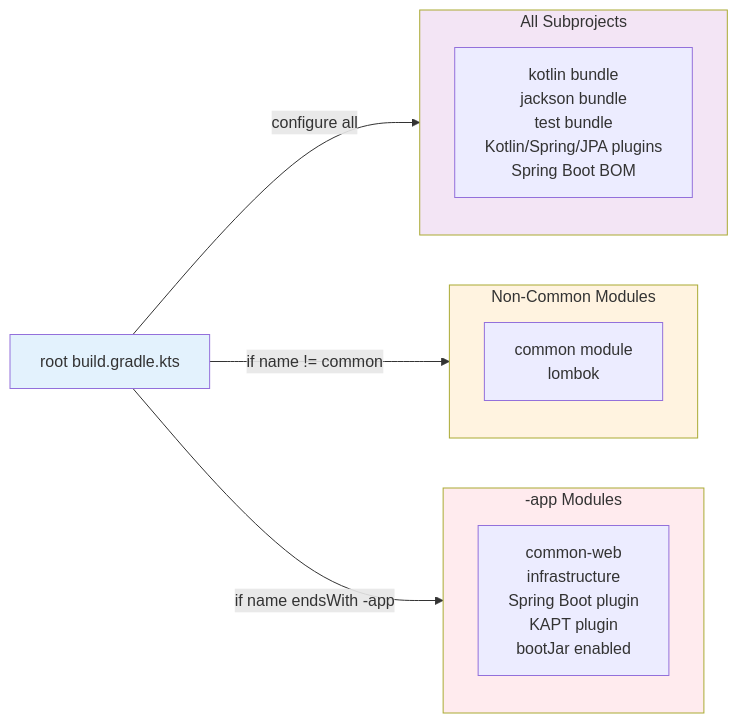
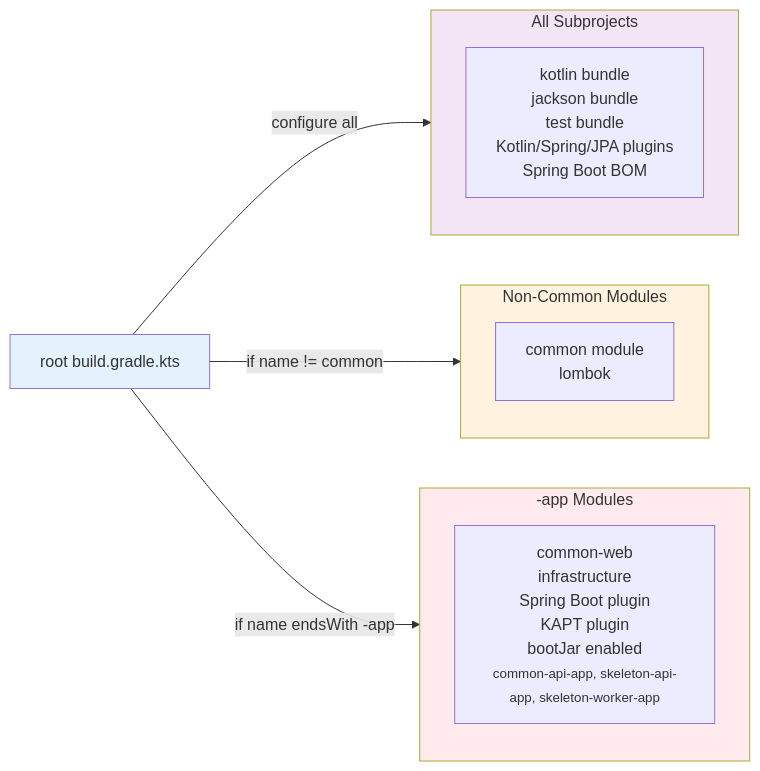
Before and after one commit to gykk16/spring-skeleton: the third of 3 diagrams in .docs/module-dependency.md, drawn with Mermaid. The commit also changed other lines of this file, not shown here.

````diff
--- a/.docs/module-dependency.md
+++ b/.docs/module-dependency.md
@@ -143,25 +167,25 @@
 ```mermaid
 flowchart LR
     Root["root build.gradle.kts"]
 
     subgraph AllScope["All Subprojects"]
         AllBundles["kotlin bundle<br/>jackson bundle<br/>test bundle<br/>Kotlin/Spring/JPA plugins<br/>Spring Boot BOM"]
     end
 
     subgraph NonCommonScope["Non-Common Modules"]
         NonCommonDeps["common module<br/>lombok"]
     end
 
     subgraph AppScope["-app Modules"]
-        AppsDeps["common-web<br/>infrastructure<br/>Spring Boot plugin<br/>KAPT plugin<br/>bootJar enabled"]
+        AppsDeps["common-web<br/>infrastructure<br/>Spring Boot plugin<br/>KAPT plugin<br/>bootJar enabled<br/><small>common-api-app, skeleton-api-app, skeleton-worker-app</small>"]
     end
 
     Root -->|"configure all"| AllScope
     Root -->|"if name != common"| NonCommonScope
     Root -->|"if name endsWith -app"| AppScope
 
     style Root fill:#e3f2fd,color:#333
     style AllScope fill:#f3e5f5,color:#333
     style NonCommonScope fill:#fff3e0,color:#333
     style AppScope fill:#ffebee,color:#333
 ```
````
